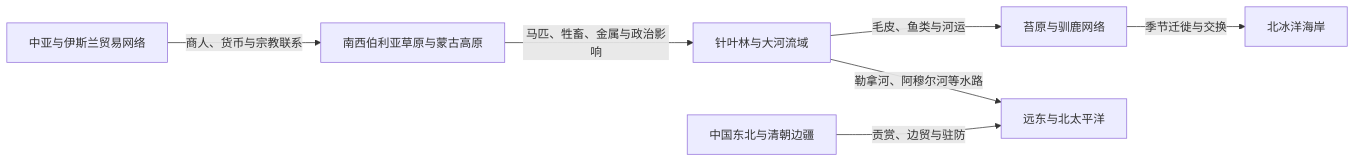
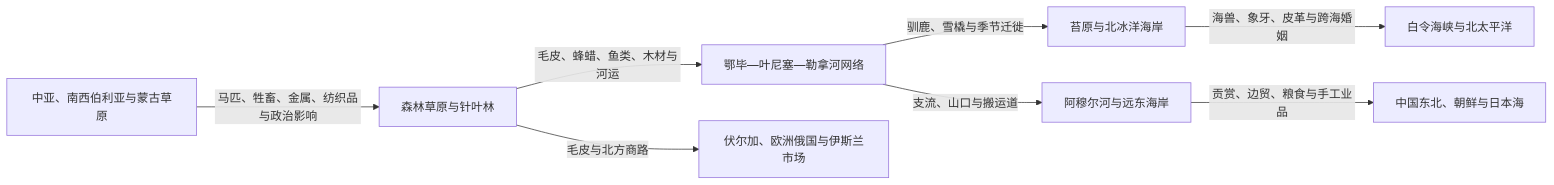
The diagram in 人文科学/历史/北亚/_通史/草原、森林与北极网络.md (tianlan-dev/learning-notes), drawn with Mermaid before and after one commit. The commit also changed other lines of this file and 1417 other files, not shown here.

````diff
--- a/人文科学/历史/北亚/_通史/草原、森林与北极网络.md
+++ b/人文科学/历史/北亚/_通史/草原、森林与北极网络.md
@@ -18,9 +19,10 @@
 ```mermaid
 flowchart LR
-    Steppe["南西伯利亚草原与蒙古高原"] -->|马匹、牲畜、金属与政治影响| Forest["针叶林与大河流域"]
-    Forest -->|毛皮、鱼类与河运| Tundra["苔原与驯鹿网络"]
-    Tundra -->|季节迁徙与交换| Arctic["北冰洋海岸"]
-    Forest -->|勒拿河、阿穆尔河等水路| Pacific["远东与北太平洋"]
-    CentralAsia["中亚与伊斯兰贸易网络"] -->|商人、货币与宗教联系| Steppe
-    China["中国东北与清朝边疆"] -->|贡赏、边贸与驻防| Pacific
+    A["中亚、南西伯利亚与蒙古草原"] -->|马匹、牲畜、金属、纺织品与政治影响| B["森林草原与针叶林"]
+    B -->|毛皮、蜂蜡、鱼类、木材与河运| C["鄂毕—叶尼塞—勒拿河网络"]
+    C -->|驯鹿、雪橇与季节迁徙| D["苔原与北冰洋海岸"]
+    D -->|海兽、象牙、皮革与跨海婚姻| E["白令海峡与北太平洋"]
+    C -->|支流、山口与搬运道| F["阿穆尔河与远东海岸"]
+    F -->|贡赏、边贸、粮食与手工业品| G["中国东北、朝鲜与日本海"]
+    B -->|毛皮与北方商路| H["伏尔加、欧洲俄国与伊斯兰市场"]
 ```
````
